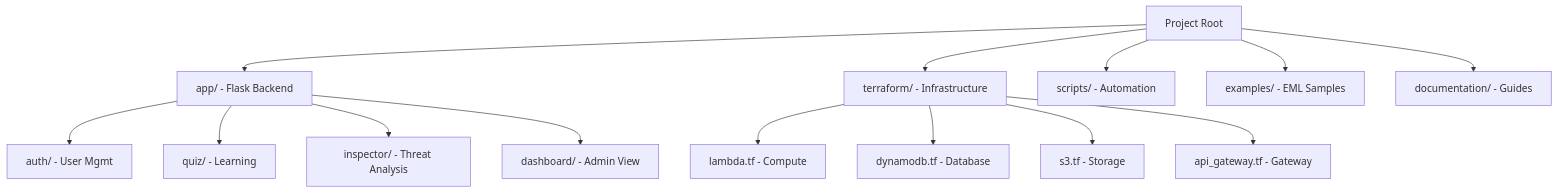
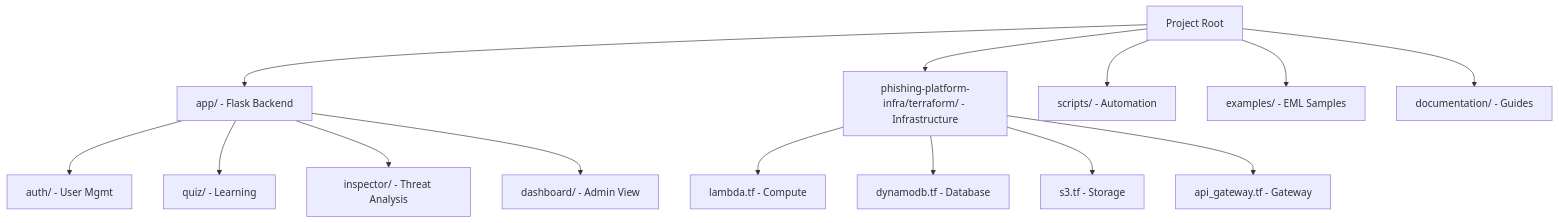
Before and after one commit to Panacota96/master-Project-Phishing: the diagram in documentation/README.md, drawn with Mermaid. The commit also changed 63 other files, not shown here.

````diff
--- a/documentation/README.md
+++ b/documentation/README.md
@@ -7,18 +7,18 @@
 ```mermaid
 graph TD
     Root[Project Root] --> App[app/ - Flask Backend]
-    Root --> TF[terraform/ - Infrastructure]
+    Root --> TF[phishing-platform-infra/terraform/ - Infrastructure]
     Root --> Scripts[scripts/ - Automation]
     Root --> Examples[examples/ - EML Samples]
     Root --> Docs[documentation/ - Guides]
     
     App --> Auth[auth/ - User Mgmt]
     App --> Quiz[quiz/ - Learning]
     App --> Inspector[inspector/ - Threat Analysis]
     App --> Dashboard[dashboard/ - Admin View]
     
     TF --> Lambda[lambda.tf - Compute]
     TF --> DB[dynamodb.tf - Database]
     TF --> S3[s3.tf - Storage]
     TF --> API[api_gateway.tf - Gateway]
 ```
````
